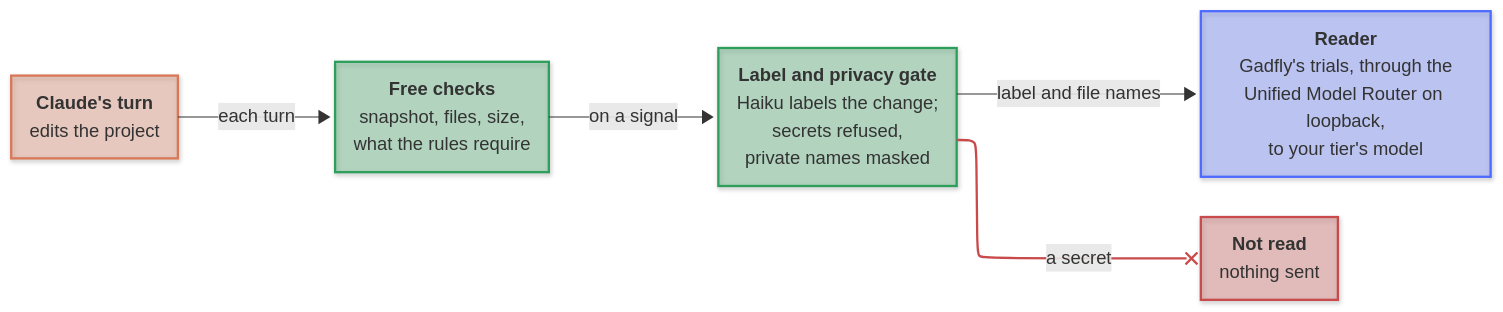
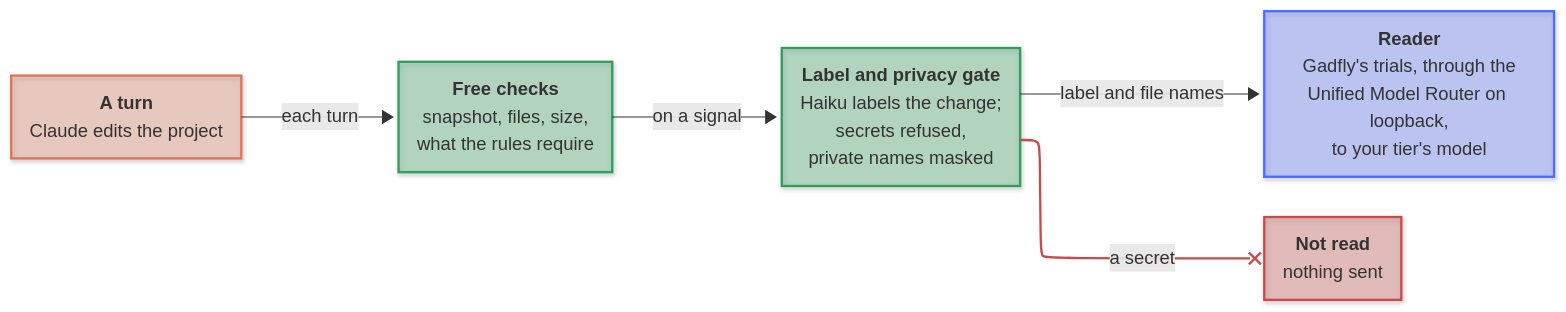
One commit to mirzahusadzic/claude-frame-loop changed the first of 2 diagrams in docs/architecture.md. Above: the diagram before and after it, drawn with Mermaid. The commit also changed 6 other files, not shown here.

````diff
--- a/docs/architecture.md
+++ b/docs/architecture.md
@@ -11,77 +11,77 @@
 ```mermaid
 ---
 config:
     layout: elk
     look: neo
     themeVariables:
         fontFamily: '-apple-system, BlinkMacSystemFont, "Segoe UI", "Noto Sans", Helvetica, Arial, sans-serif'
     flowchart:
         wrappingWidth: 220
         padding: 20
     themeCSS: >-
         foreignObject { overflow: visible; }
         [data-look="neo"] * { filter: none !important; }
         .node foreignObject, .node foreignObject *, .edgeLabel, .edgeLabel *,
         .cluster-label, .cluster-label * {
         font-family: -apple-system, BlinkMacSystemFont, "Segoe UI", "Noto Sans", Helvetica, Arial, sans-serif !important; line-height: 1.5 !important; }
         .node foreignObject, .node foreignObject * { white-space: nowrap !important; }
         code { font-family: ui-monospace, SFMono-Regular, "SF Mono", Menlo,
         Consolas, monospace; font-size: 0.9em; line-height: inherit;
         color: inherit !important; text-shadow: none !important;
         padding: 0 4px; border-radius: 4px;
         background: color-mix(in srgb, currentColor 14%, transparent)
         !important; }
         .edgeLabel, .edgeLabel p, .edgeLabel span {
         background: transparent !important; }
         .edgeLabel rect { fill: transparent !important; }
         .labelBkg { --knock: var(--vscode-editor-background,
         var(--bgColor-default, rgb(from currentColor
         clamp(30, (128 - r) * 100, 255) clamp(30, (128 - r) * 100, 255)
         clamp(30, (128 - r) * 100, 255)))); --ring: var(--knock);
         --fill: color-mix(in srgb, var(--ring) 30%, var(--knock));
         background: var(--fill) !important; border-radius: 4px;
         box-shadow: 0 0 0 5px var(--fill), 0 0 0 7px var(--ring); }
         .label[data-id^="L_CL_"] .labelBkg {
         --ring: #d97757; }
         .label[data-id^="L_PR_"] .labelBkg,
         .label[data-id^="L_FC_"] .labelBkg,
         .label[data-id^="L_GD_"] .labelBkg {
         --ring: #2e9e5b; }
         .label[data-id^="L_PG_RD_"] .labelBkg,
         .label[data-id^="L_RD_"] .labelBkg {
         --ring: #4d6bfe; }
         .label[data-id^="L_PG_NO_"] .labelBkg {
         --ring: #c94a4a; }
         .edgeLabel p, .edgeLabel span, .edgeLabel text {
         --halo: var(--fill, var(--vscode-editor-background,
         var(--bgColor-default,
         rgb(from currentColor clamp(0, (128 - r) * 100, 255)
         clamp(0, (128 - r) * 100, 255) clamp(0, (128 - r) * 100, 255)))));
         text-shadow: 1px 0 var(--halo), -1px 0 var(--halo),
         0 1px var(--halo), 0 -1px var(--halo), 1px 1px var(--halo),
         -1px -1px var(--halo), 1px -1px var(--halo), -1px 1px var(--halo),
         0 0 3px var(--halo), 0 0 4px var(--halo); }
 ---
 flowchart LR
-    CL["<b>Claude's turn</b><br/>edits the project"]
+    CL["<b>A turn</b><br/>Claude edits the project"]
     FC["<b>Free checks</b><br/>snapshot, files, size,<br/>what the rules require"]
     PG["<b>Label and privacy gate</b><br/>Haiku labels the change;<br/>secrets refused,<br/>private names masked"]
     RD["<b>Reader</b><br/>Gadfly's trials, through the<br/>Unified Model Router on loopback,<br/>to your tier's model"]
     NO["<b>Not read</b><br/>nothing sent"]
     CL -->|"each turn"| FC
     FC -->|"on a signal"| PG
     PG -->|"label and file names"| RD
     PG --x|"a secret"| NO
     classDef default fill:#8a96a82e,stroke:#8a96a8,stroke-width:1px
     classDef claude fill:#d977574d,stroke:#d97757,stroke-width:2px
     classDef session fill:#d977570d,stroke:#d97757,stroke-width:1px
     classDef loop fill:#2e9e5b4d,stroke:#2e9e5b,stroke-width:2px
     classDef row fill:#2e9e5b0d,stroke:#2e9e5b,stroke-width:1px
     classDef reader fill:#4d6bfe4d,stroke:#4d6bfe,stroke-width:2px
     classDef refused fill:#c94a4a4d,stroke:#c94a4a,stroke-width:2px
     class CL claude
     class FC,PG loop
     class RD reader
     class NO refused
     linkStyle 3 stroke:#c94a4a,stroke-width:2px
 ```
````
